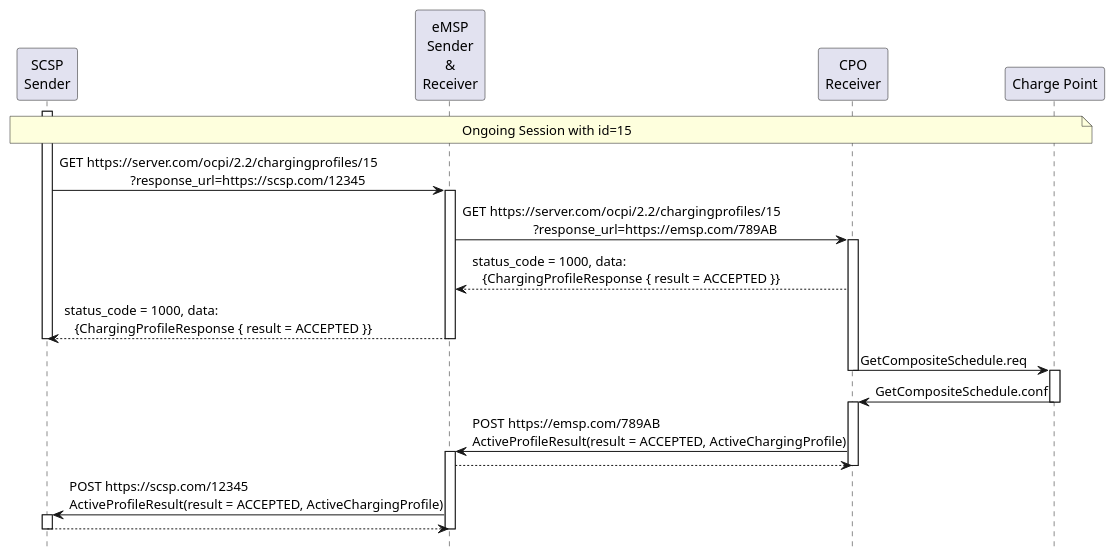
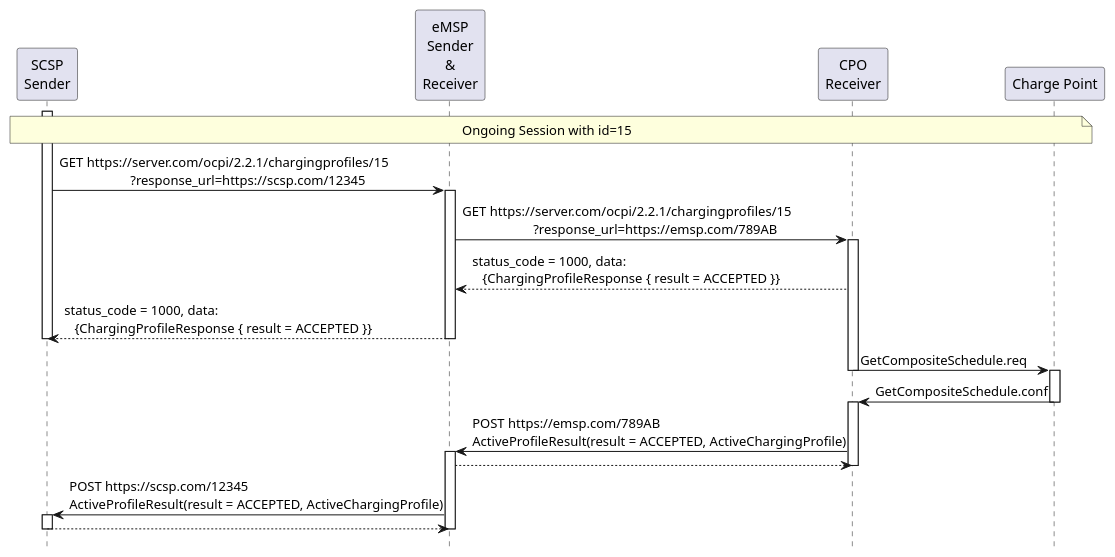
Before and after one commit to ocpi/ocpi: the diagram in plantuml/sd_charging_profile_get_via_msp.plantuml, drawn with PlantUML. The commit also changed 13 other files, not shown here.

```diff
--- a/plantuml/sd_charging_profile_get_via_msp.plantuml
+++ b/plantuml/sd_charging_profile_get_via_msp.plantuml
@@ -1,37 +1,37 @@
 @startuml
 hide footbox
 
 participant "SCSP\nSender" as SCSP
 participant "eMSP\nSender\n&\nReceiver" as eMSP
 participant "CPO\nReceiver" as CPO
 participant "Charge Point" as CP
 
 NOTE over SCSP, CP: Ongoing Session with id=15
 
 activate SCSP
-SCSP -> eMSP: GET https:~//server.com/ocpi/2.2/chargingprofiles/15\n                     ?response_url=https:~//scsp.com/12345
+SCSP -> eMSP: GET https:~//server.com/ocpi/2.2.1/chargingprofiles/15\n                     ?response_url=https:~//scsp.com/12345
 activate eMSP
-eMSP -> CPO: GET https:~//server.com/ocpi/2.2/chargingprofiles/15\n                     ?response_url=https:~//emsp.com/789AB
+eMSP -> CPO: GET https:~//server.com/ocpi/2.2.1/chargingprofiles/15\n                     ?response_url=https:~//emsp.com/789AB
 activate CPO
 CPO  --> eMSP: status_code = 1000, data: \n   {ChargingProfileResponse { result = ACCEPTED }}
 eMSP  --> SCSP: status_code = 1000, data: \n   {ChargingProfileResponse { result = ACCEPTED }}
 deactivate eMSP
 deactivate SCSP
 
 CPO  ->  CP:   GetCompositeSchedule.req
 deactivate CPO
 activate CP
 CP   ->  CPO:  GetCompositeSchedule.conf
 deactivate CP
 activate CPO
 CPO  ->  eMSP: POST https:~//emsp.com/789AB\nActiveProfileResult(result = ACCEPTED, ActiveChargingProfile)
 activate eMSP
 eMSP --> CPO:
 deactivate CPO
 eMSP  ->  SCSP: POST https:~//scsp.com/12345\nActiveProfileResult(result = ACCEPTED, ActiveChargingProfile)
 activate SCSP
 SCSP --> eMSP:
 deactivate eMSP
 deactivate SCSP
 
 @enduml
```
